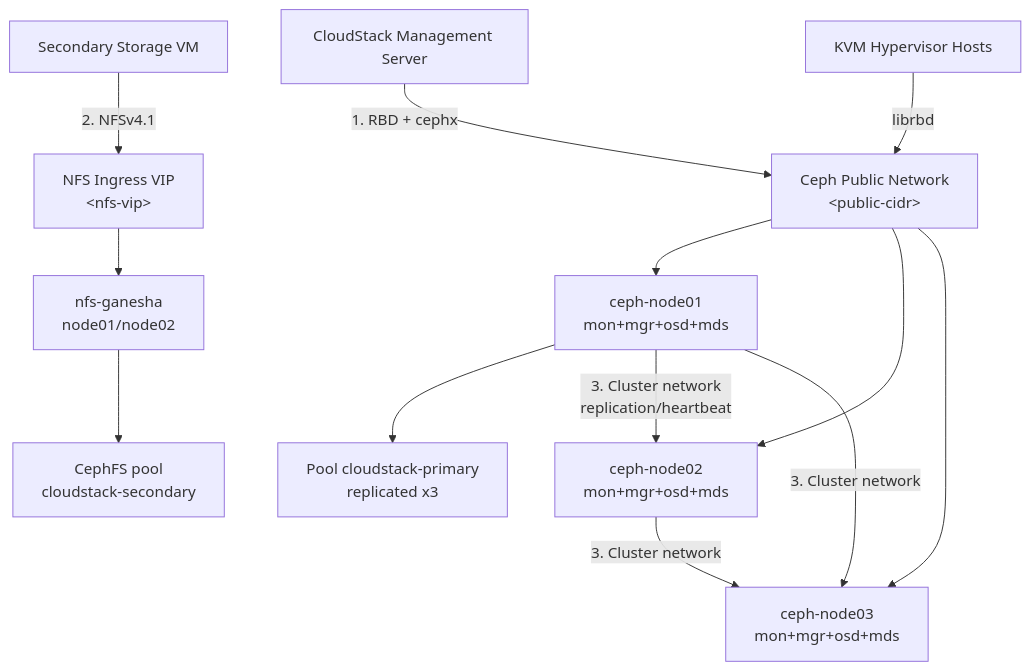
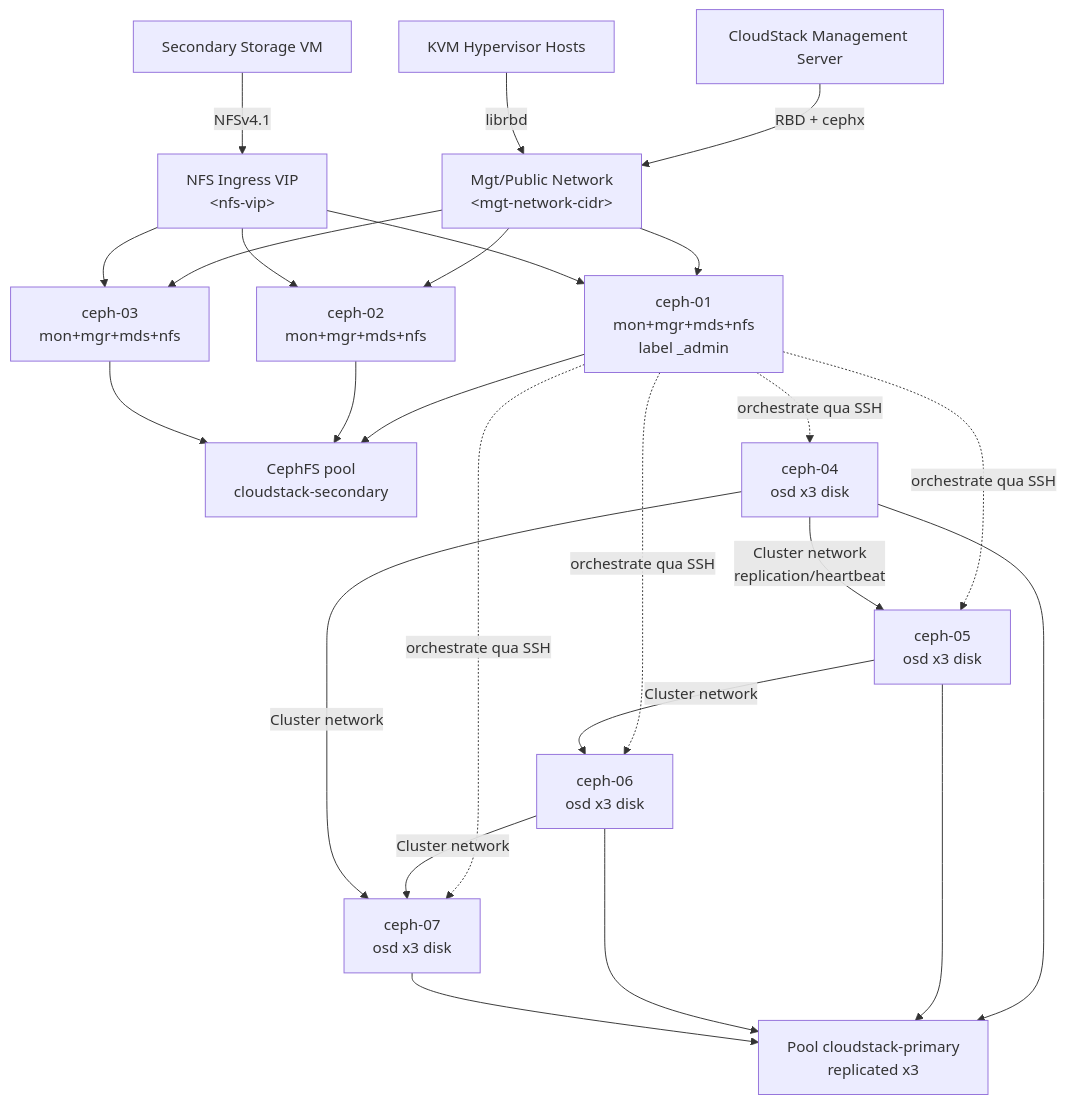
One commit to Tn9hia/technotes changed the diagram in Cloud/Ceph/Lab/Ceph Cluster - Triển khai Primary và Secondary Storage cho CloudStack.md. Above: the diagram before and after it, drawn with Mermaid. The commit also changed other lines of this file and 22 other files, not shown here.

````diff
--- a/Cloud/Ceph/Lab/Ceph Cluster - Triển khai Primary và Secondary Storage cho CloudStack.md
+++ b/Cloud/Ceph/Lab/Ceph Cluster - Triển khai Primary và Secondary Storage cho CloudStack.md
@@ -58,19 +66,32 @@
 ```mermaid
 flowchart TD
-    MGMT[CloudStack Management Server] -- "1. RBD + cephx" --> PUB["Ceph Public Network<br/>&lt;public-cidr&gt;"]
+    MGMT[CloudStack Management Server] -- "RBD + cephx" --> PUB["Mgt/Public Network<br/>&lt;mgt-network-cidr&gt;"]
     KVM[KVM Hypervisor Hosts] -- "librbd" --> PUB
-    SSVM[Secondary Storage VM] -- "2. NFSv4.1" --> VIP["NFS Ingress VIP<br/>&lt;nfs-vip&gt;"]
+    SSVM[Secondary Storage VM] -- "NFSv4.1" --> VIP["NFS Ingress VIP<br/>&lt;nfs-vip&gt;"]
 
-    PUB --> N1[ceph-node01<br/>mon+mgr+osd+mds]
-    PUB --> N2[ceph-node02<br/>mon+mgr+osd+mds]
-    PUB --> N3[ceph-node03<br/>mon+mgr+osd+mds]
+    PUB --> N1["ceph-01<br/>mon+mgr+mds+nfs<br/>label _admin"]
+    PUB --> N2[ceph-02<br/>mon+mgr+mds+nfs]
+    PUB --> N3[ceph-03<br/>mon+mgr+mds+nfs]
 
-    VIP --> NFS1[nfs-ganesha<br/>node01/node02]
-    NFS1 --> CFS[CephFS pool<br/>cloudstack-secondary]
+    VIP --> N1
+    VIP --> N2
+    VIP --> N3
+    N1 --> CFS[CephFS pool<br/>cloudstack-secondary]
+    N2 --> CFS
+    N3 --> CFS
 
-    N1 --> RBD[Pool cloudstack-primary<br/>replicated x3]
+    N1 -. "orchestrate qua SSH" .-> N4
+    N1 -. "orchestrate qua SSH" .-> N5
+    N1 -. "orchestrate qua SSH" .-> N6
+    N1 -. "orchestrate qua SSH" .-> N7
 
-    N1 -- "3. Cluster network<br/>replication/heartbeat" --> N2
-    N2 -- "3. Cluster network" --> N3
-    N1 -- "3. Cluster network" --> N3
+    N4[ceph-04<br/>osd x3 disk] --> RBD[Pool cloudstack-primary<br/>replicated x3]
+    N5[ceph-05<br/>osd x3 disk] --> RBD
+    N6[ceph-06<br/>osd x3 disk] --> RBD
+    N7[ceph-07<br/>osd x3 disk] --> RBD
+
+    N4 -- "Cluster network<br/>replication/heartbeat" --> N5
+    N5 -- "Cluster network" --> N6
+    N6 -- "Cluster network" --> N7
+    N4 -- "Cluster network" --> N7
 ```
````
